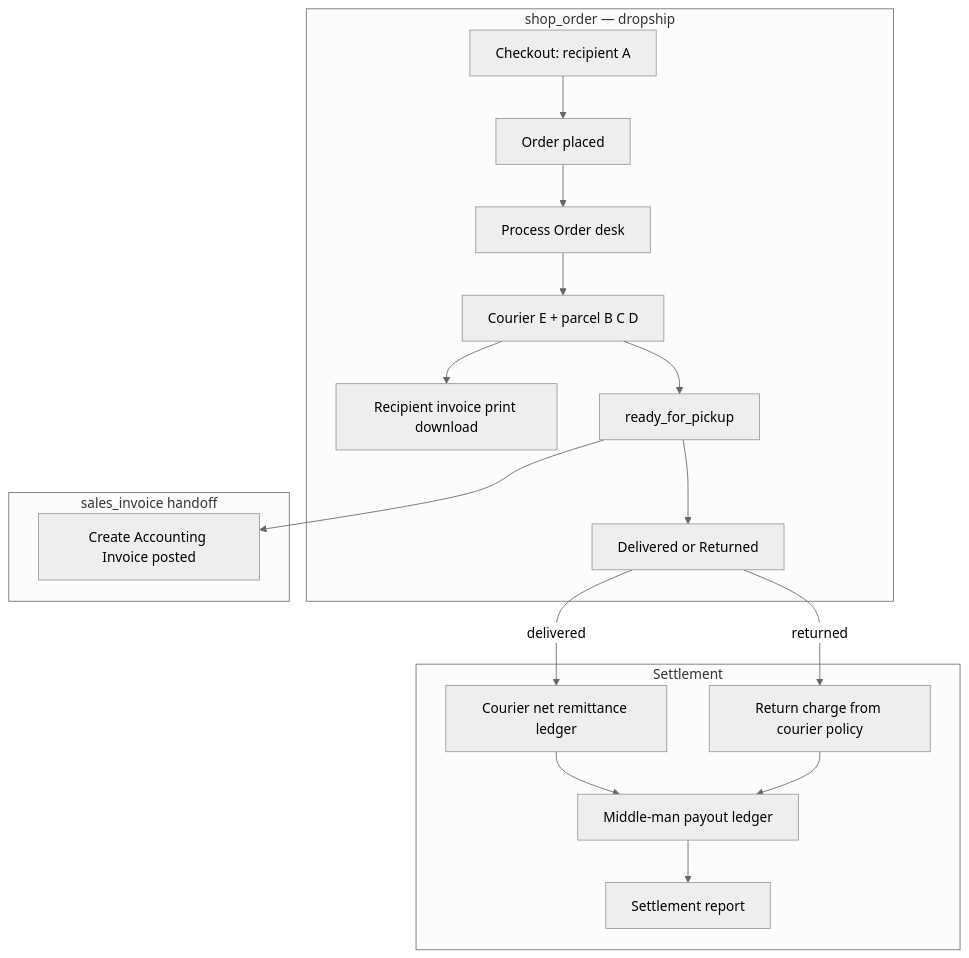
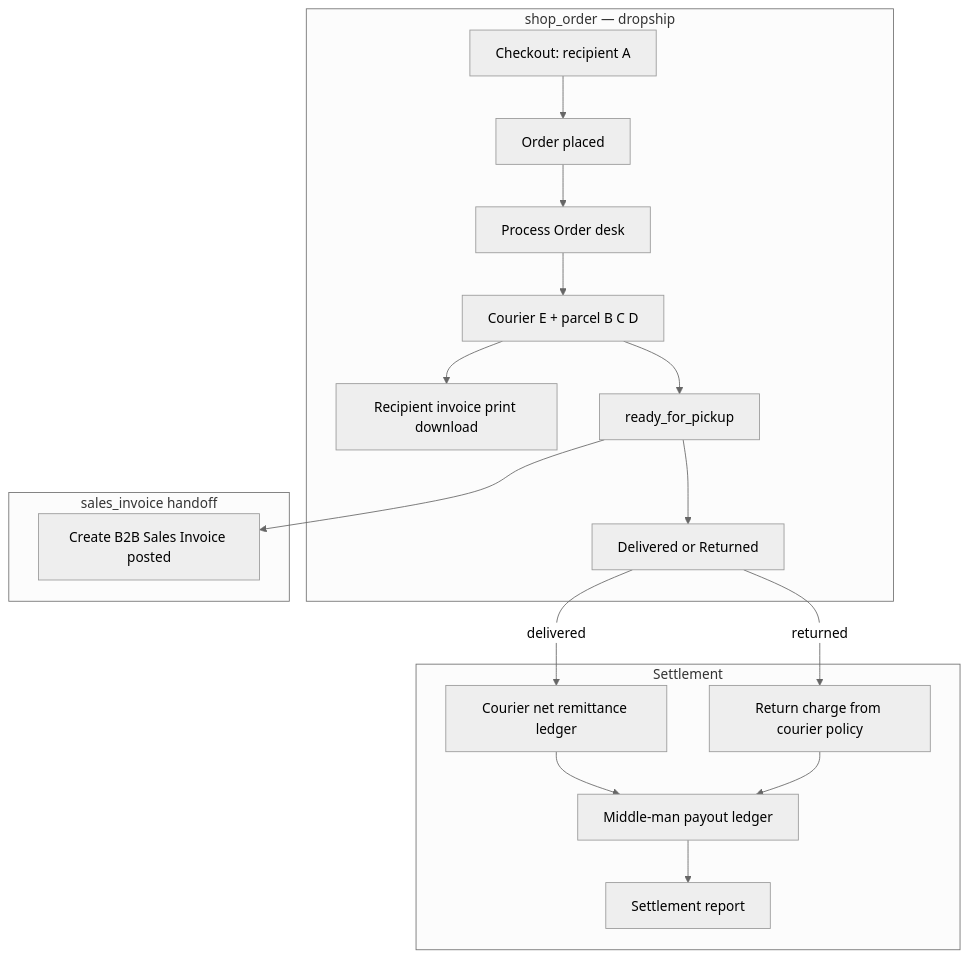
Before and after one commit to david-git-2/brandwala-wholesale-quasar-v2: the first of 4 diagrams in doc/SHOP_ORDER_DROPSHIP.md, drawn with Mermaid (neutral theme). The commit also changed other lines of this file and 46 other files, not shown here.

````diff
--- a/doc/SHOP_ORDER_DROPSHIP.md
+++ b/doc/SHOP_ORDER_DROPSHIP.md
@@ -101,30 +101,30 @@
 ```mermaid
 flowchart TB
   subgraph shop [shop_order — dropship]
     checkout["Checkout: recipient A"]
     place["Order placed"]
     process["Process Order desk"]
     consign["Courier E + parcel B C D"]
     recipPrint["Recipient invoice print download"]
     ready["ready_for_pickup"]
     outcome["Delivered or Returned"]
   end
 
   subgraph invoice [sales_invoice handoff]
-    acct["Create Accounting Invoice posted"]
+    acct["Create B2B Sales Invoice posted"]
   end
 
   subgraph settle [Settlement]
     cod["Courier net remittance ledger"]
     payout["Middle-man payout ledger"]
     ret["Return charge from courier policy"]
     report["Settlement report"]
   end
 
   checkout --> place --> process --> consign
   consign --> recipPrint
   consign --> ready --> acct
   ready --> outcome
   outcome -->|delivered| cod --> payout --> report
   outcome -->|returned| ret --> payout
 ```
````
